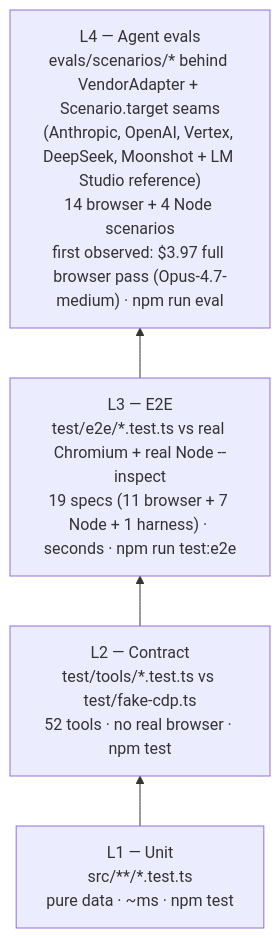
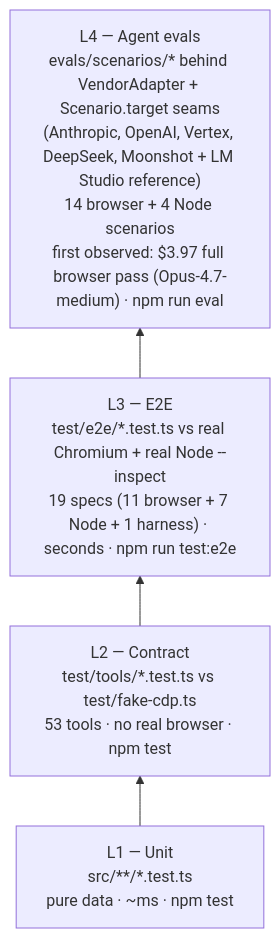
One commit to lcjanke2020/lynceus changed the sixth of 6 diagrams in docs/ARCHITECTURE.md. Above: the diagram before and after it, drawn with Mermaid. The commit also changed other lines of this file and 20 other files, not shown here.

````diff
--- a/docs/ARCHITECTURE.md
+++ b/docs/ARCHITECTURE.md
@@ -169,8 +169,8 @@
 ```mermaid
 flowchart BT
     L1["L1 — Unit<br/>src/**/*.test.ts<br/>pure data · ~ms · npm test"]
-    L2["L2 — Contract<br/>test/tools/*.test.ts vs test/fake-cdp.ts<br/>52 tools · no real browser · npm test"]
+    L2["L2 — Contract<br/>test/tools/*.test.ts vs test/fake-cdp.ts<br/>53 tools · no real browser · npm test"]
     L3["L3 — E2E<br/>test/e2e/*.test.ts vs real Chromium + real Node --inspect<br/>19 specs (11 browser + 7 Node + 1 harness) · seconds · npm run test:e2e"]
     L4["L4 — Agent evals<br/>evals/scenarios/* behind VendorAdapter + Scenario.target seams<br/>(Anthropic, OpenAI, Vertex, DeepSeek, Moonshot + LM Studio reference)<br/>14 browser + 4 Node scenarios<br/>first observed: $3.97 full browser pass (Opus-4.7-medium) · npm run eval"]
     L1 --> L2 --> L3 --> L4
 ```
````
